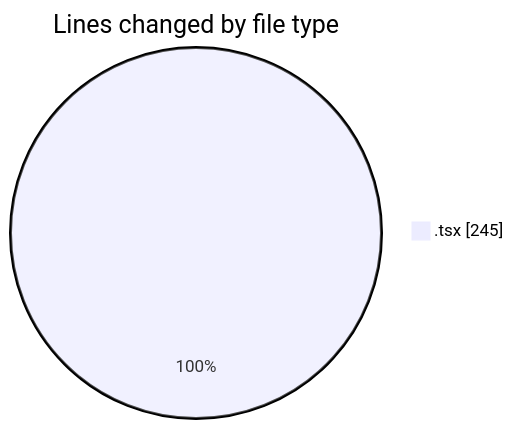
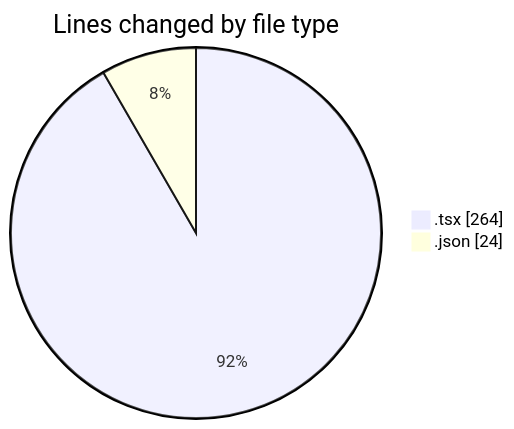
The first of 2 diagrams in 2026-11-13/broadcaster-v6-feature/README.md (momahboobian/code-tracking), drawn with Mermaid before and after one commit. The commit also changed other lines of this file and 1 other file, not shown here.

````diff
--- a/2026-11-13/broadcaster-v6-feature/README.md
+++ b/2026-11-13/broadcaster-v6-feature/README.md
@@ -21,5 +22,6 @@
 ```mermaid
 pie showData
 title Lines changed by file type
-".tsx" : 245
+".tsx" : 264
+".json" : 24
 ```
````
